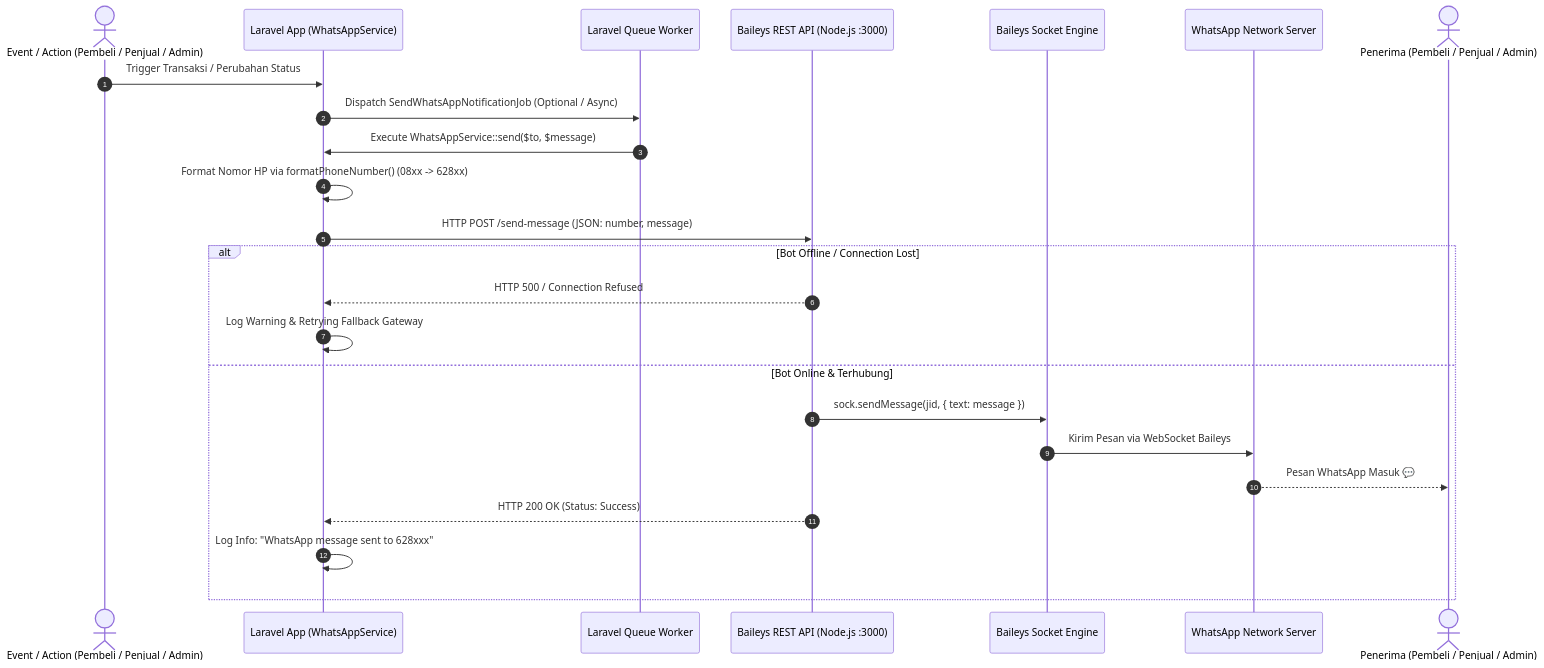
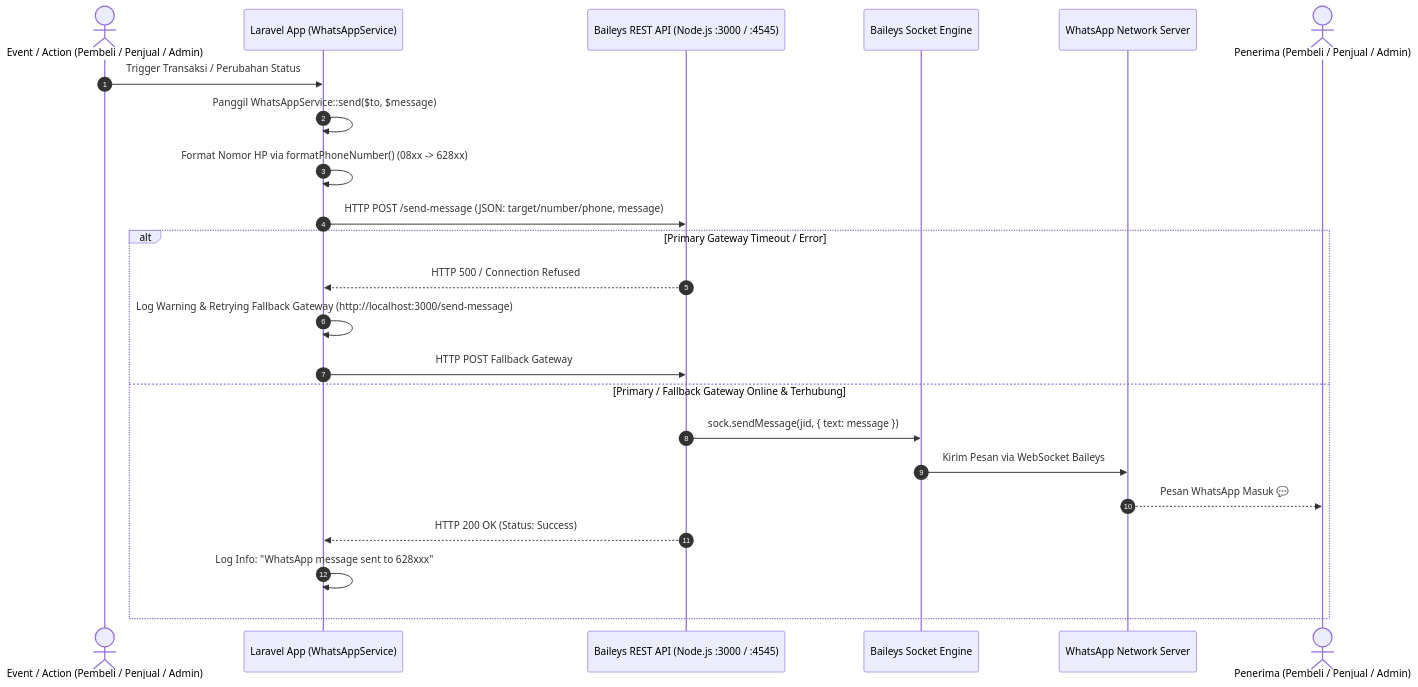
One commit to Z-Forz/Eskasaba_Marketplace changed the diagram in WHATSAPPBOT_GUIDE.md. Above: the diagram before and after it, drawn with Mermaid. The commit also changed other lines of this file and 22 other files, not shown here.

````diff
--- a/WHATSAPPBOT_GUIDE.md
+++ b/WHATSAPPBOT_GUIDE.md
@@ -40,29 +41,28 @@
 ```mermaid
 sequenceDiagram
     autonumber
     actor Trigger as Event / Action (Pembeli / Penjual / Admin)
     participant Laravel as Laravel App (WhatsAppService)
-    participant Queue as Laravel Queue Worker
-    participant NodeBot as Baileys REST API (Node.js :3000)
+    participant NodeBot as Baileys REST API (Node.js :3000 / :4545)
     participant BaileysEngine as Baileys Socket Engine
     participant WANetwork as WhatsApp Network Server
     actor Recipient as Penerima (Pembeli / Penjual / Admin)
 
     Trigger->>Laravel: Trigger Transaksi / Perubahan Status
-    Laravel->>Queue: Dispatch SendWhatsAppNotificationJob (Optional / Async)
-    Queue->>Laravel: Execute WhatsAppService::send($to, $message)
+    Laravel->>Laravel: Panggil WhatsAppService::send($to, $message)
     Laravel->>Laravel: Format Nomor HP via formatPhoneNumber() (08xx -> 628xx)
     
-    Laravel->>NodeBot: HTTP POST /send-message (JSON: number, message)
+    Laravel->>NodeBot: HTTP POST /send-message (JSON: target/number/phone, message)
     
-    alt Bot Offline / Connection Lost
+    alt Primary Gateway Timeout / Error
         NodeBot-->>Laravel: HTTP 500 / Connection Refused
-        Laravel->>Laravel: Log Warning & Retrying Fallback Gateway
-    else Bot Online & Terhubung
+        Laravel->>Laravel: Log Warning & Retrying Fallback Gateway (http://localhost:3000/send-message)
+        Laravel->>NodeBot: HTTP POST Fallback Gateway
+    else Primary / Fallback Gateway Online & Terhubung
         NodeBot->>BaileysEngine: sock.sendMessage(jid, { text: message })
         BaileysEngine->>WANetwork: Kirim Pesan via WebSocket Baileys
         WANetwork-->>Recipient: Pesan WhatsApp Masuk 💬
         NodeBot-->>Laravel: HTTP 200 OK (Status: Success)
         Laravel->>Laravel: Log Info: "WhatsApp message sent to 628xxx"
     end
 ```
````
